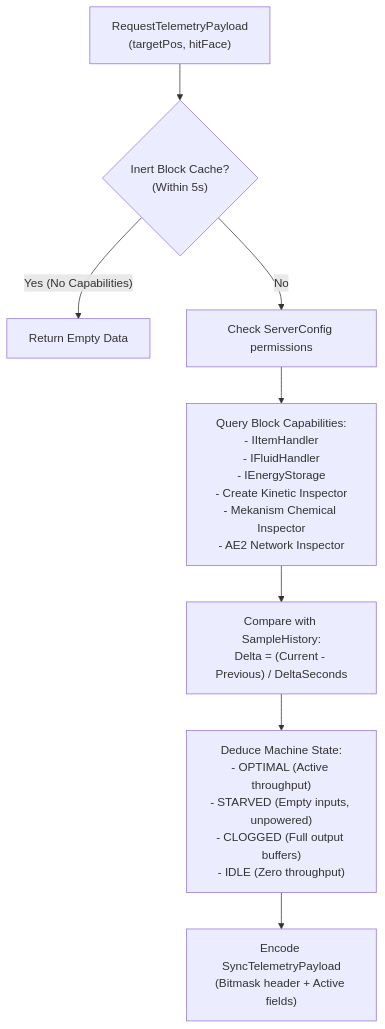
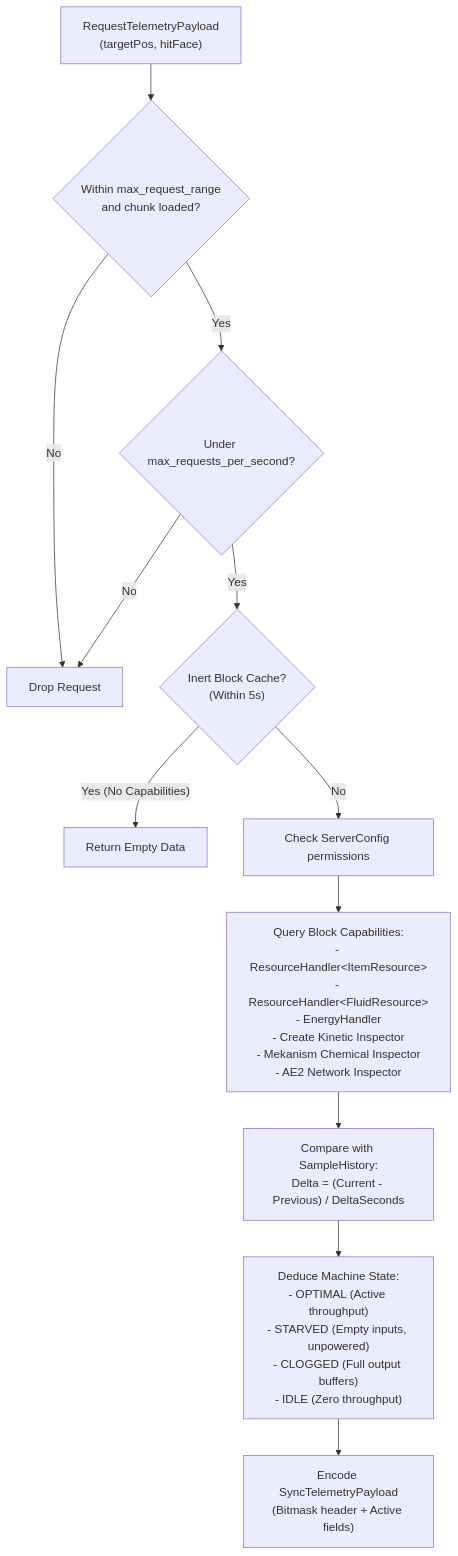
Before and after one commit to alikuxac/MachineMetrics: the second of 3 diagrams in docs/data-flow.md, drawn with Mermaid. The commit also changed other lines of this file and 20 other files, not shown here.

````diff
--- a/docs/data-flow.md
+++ b/docs/data-flow.md
@@ -54,12 +56,16 @@
 ```mermaid
 flowchart TD
-    Req["RequestTelemetryPayload<br/>(targetPos, hitFace)"] --> CacheCheck{"Inert Block Cache?<br/>(Within 5s)"}
+    Req["RequestTelemetryPayload<br/>(targetPos, hitFace)"] --> RangeCheck{"Within max_request_range<br/>and chunk loaded?"}
+    RangeCheck -- "No" --> Drop["Drop Request"]
+    RangeCheck -- "Yes" --> RateCheck{"Under max_requests_per_second?"}
+    RateCheck -- "No" --> Drop
+    RateCheck -- "Yes" --> CacheCheck{"Inert Block Cache?<br/>(Within 5s)"}
     CacheCheck -- "Yes (No Capabilities)" --> ReturnEmpty["Return Empty Data"]
     CacheCheck -- "No" --> PermCheck["Check ServerConfig permissions"]
 
-    PermCheck --> CapQueries["Query Block Capabilities:<br/>- IItemHandler<br/>- IFluidHandler<br/>- IEnergyStorage<br/>- Create Kinetic Inspector<br/>- Mekanism Chemical Inspector<br/>- AE2 Network Inspector"]
+    PermCheck --> CapQueries["Query Block Capabilities:<br/>- ResourceHandler&lt;ItemResource&gt;<br/>- ResourceHandler&lt;FluidResource&gt;<br/>- EnergyHandler<br/>- Create Kinetic Inspector<br/>- Mekanism Chemical Inspector<br/>- AE2 Network Inspector"]
 
     CapQueries --> HistoryDiff["Compare with SampleHistory:<br/>Delta = (Current - Previous) / DeltaSeconds"]
     HistoryDiff --> StateAnalysis["Deduce Machine State:<br/>- OPTIMAL (Active throughput)<br/>- STARVED (Empty inputs, unpowered)<br/>- CLOGGED (Full output buffers)<br/>- IDLE (Zero throughput)"]
     StateAnalysis --> BitmaskPack["Encode SyncTelemetryPayload<br/>(Bitmask header + Active fields)"]
 ```
````
